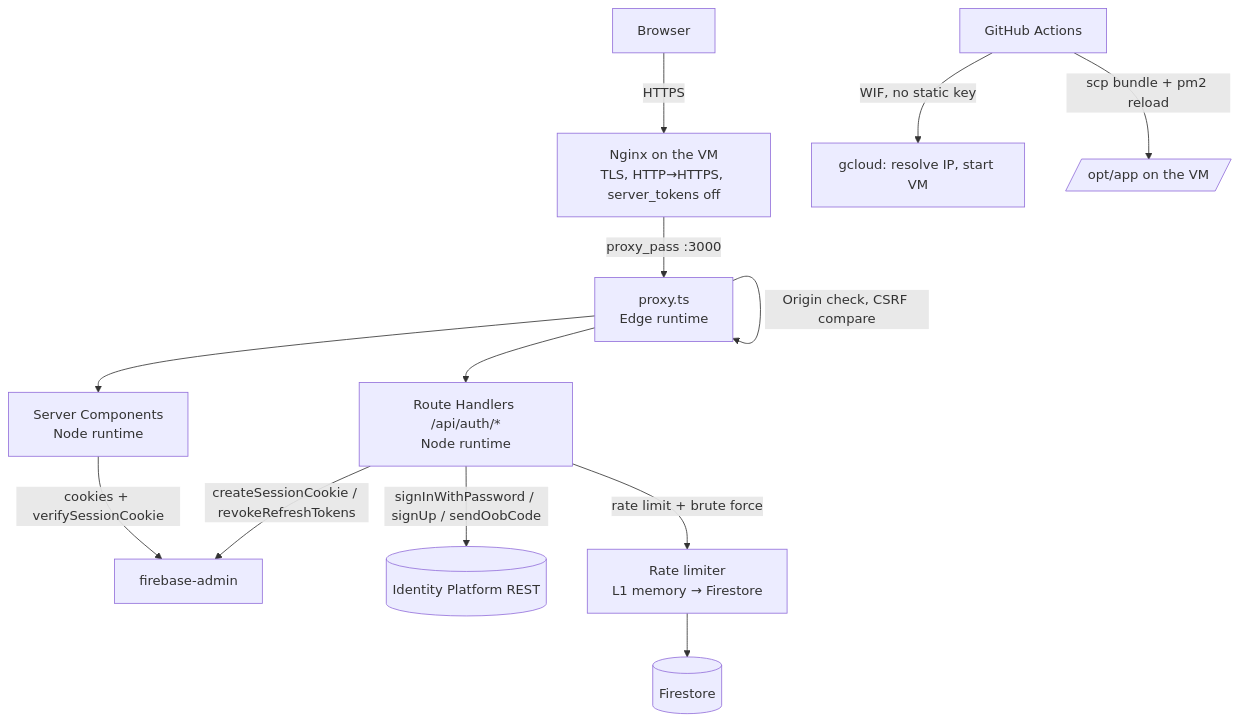
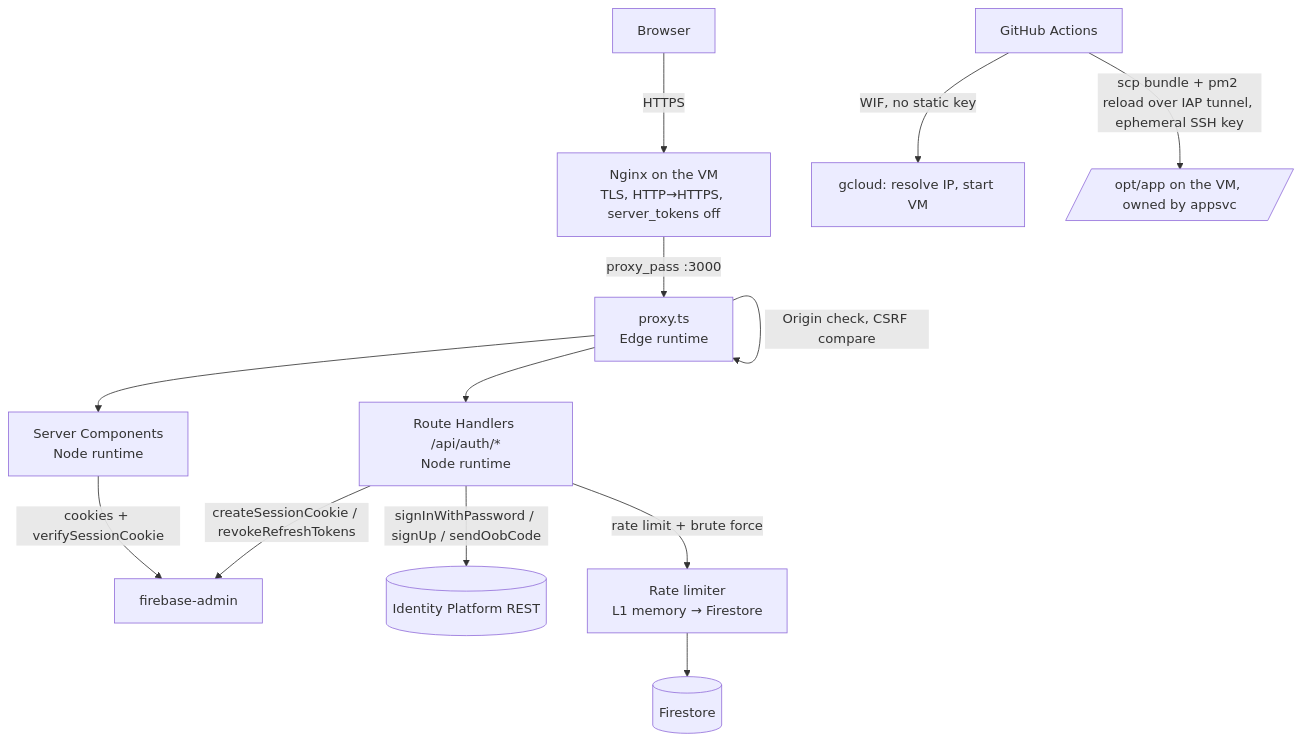
The diagram in .specs/features/nextjs-secure-app/design.md (AndersonFriaca/secinfo-pos-uncisal-projeto-aplicado), drawn with Mermaid before and after one commit. The commit also changed other lines of this file and 4 other files, not shown here.

````diff
--- a/.specs/features/nextjs-secure-app/design.md
+++ b/.specs/features/nextjs-secure-app/design.md
@@ -16,19 +16,19 @@
 ```mermaid
 graph TD
     Browser -->|HTTPS| Nginx[Nginx on the VM<br/>TLS, HTTP→HTTPS, server_tokens off]
     Nginx -->|proxy_pass :3000| Proxy[proxy.ts<br/>Edge runtime]
 
     Proxy -->|CSP nonce + all security headers| Proxy
     Proxy -->|Origin check, CSRF compare| Proxy
     Proxy --> Pages[Server Components<br/>Node runtime]
     Proxy --> API[Route Handlers /api/auth/*<br/>Node runtime]
 
     Pages -->|cookies + verifySessionCookie| Admin[firebase-admin]
     API -->|signInWithPassword / signUp / sendOobCode| IDP[(Identity Platform REST)]
     API -->|createSessionCookie / revokeRefreshTokens| Admin
     API -->|rate limit + brute force| Limiter[Rate limiter<br/>L1 memory → Firestore]
     Limiter --> FS[(Firestore)]
 
     GH[GitHub Actions] -->|WIF, no static key| GCP[gcloud: resolve IP, start VM]
-    GH -->|scp bundle + pm2 reload| VMBox[/opt/app on the VM/]
+    GH -->|scp bundle + pm2 reload over IAP tunnel, ephemeral SSH key| VMBox[/opt/app on the VM, owned by appsvc/]
 ```
````
